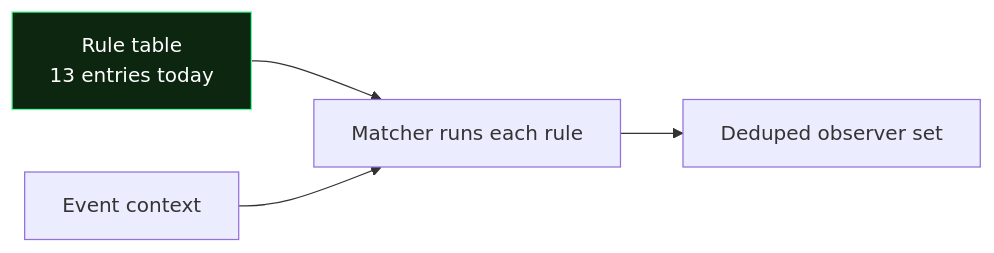
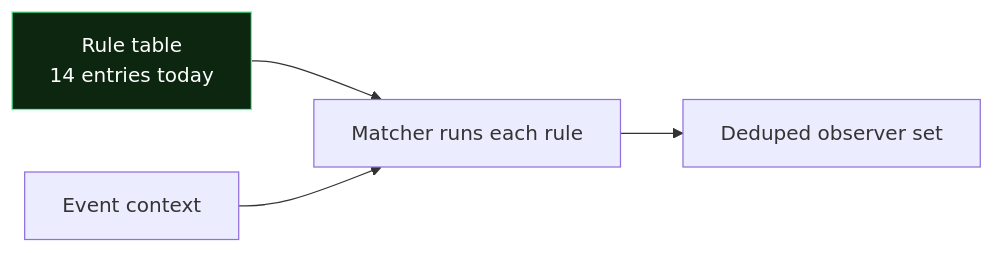
One commit to Luckyluc321/ISR-Systems-c2-platform changed the fourth of 4 diagrams in docs/threat-routing-overview.md. Above: the diagram before and after it, drawn with Mermaid. The commit also changed other lines of this file and 4 other files, not shown here.

````diff
--- a/docs/threat-routing-overview.md
+++ b/docs/threat-routing-overview.md
@@ -137,11 +137,11 @@
 ```mermaid
 flowchart LR
-  R[Rule table<br/>13 entries today]
+  R[Rule table<br/>14 entries today]
   E[Event context]
   M[Matcher runs each rule]
   D[Deduped observer set]
   R --> M
   E --> M
   M --> D
   style R fill:#0d2610,stroke:#4dff9c,color:#fff
 ```
````
